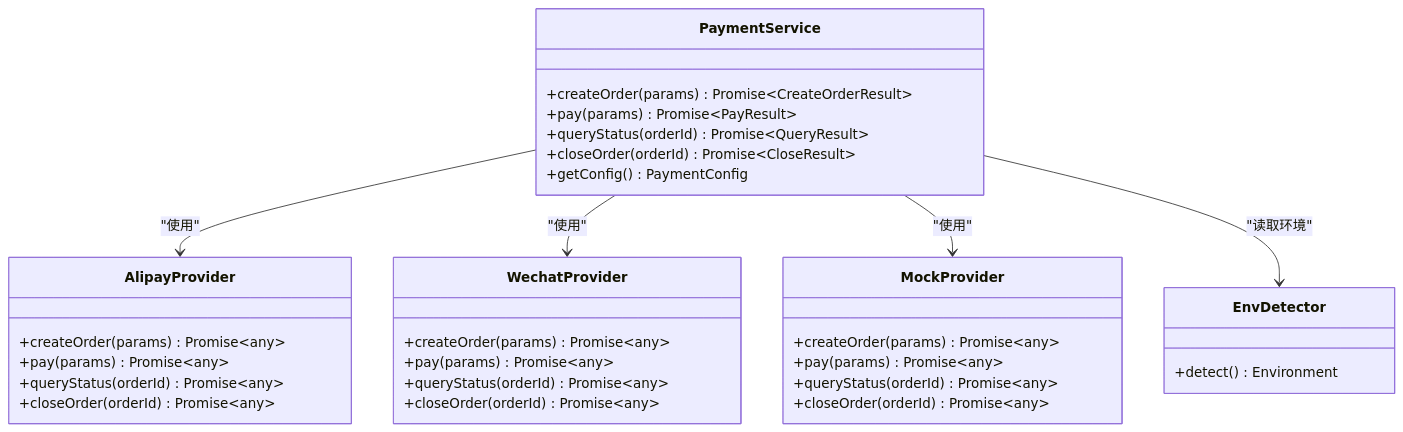
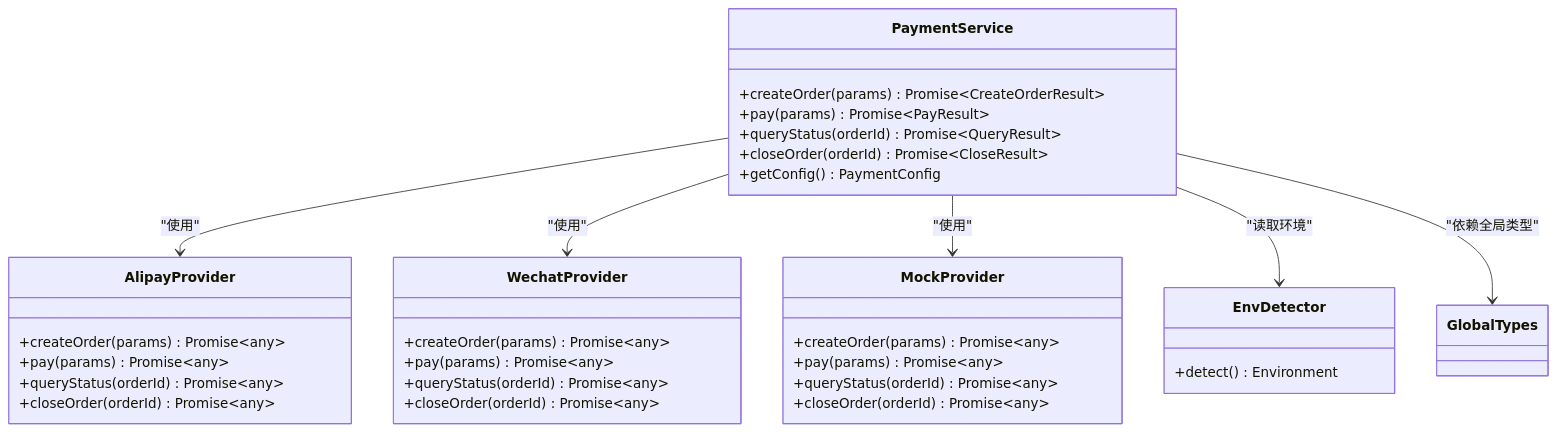
One commit to Hu-Right/supply-os changed the second of 4 diagrams in .qoder/repowiki/zh/content/支付系统集成/支付类型定义与API.md. Above: the diagram before and after it, drawn with Mermaid. The commit also changed other lines of this file and 39 other files, not shown here.

````diff
--- a/.qoder/repowiki/zh/content/支付系统集成/支付类型定义与API.md
+++ b/.qoder/repowiki/zh/content/支付系统集成/支付类型定义与API.md
@@ -99,35 +91,36 @@
 ```mermaid
 classDiagram
 class PaymentService {
 +createOrder(params) Promise~CreateOrderResult~
 +pay(params) Promise~PayResult~
 +queryStatus(orderId) Promise~QueryResult~
 +closeOrder(orderId) Promise~CloseResult~
 +getConfig() PaymentConfig
 }
 class AlipayProvider {
 +createOrder(params) Promise~any~
 +pay(params) Promise~any~
 +queryStatus(orderId) Promise~any~
 +closeOrder(orderId) Promise~any~
 }
 class WechatProvider {
 +createOrder(params) Promise~any~
 +pay(params) Promise~any~
 +queryStatus(orderId) Promise~any~
 +closeOrder(orderId) Promise~any~
 }
 class MockProvider {
 +createOrder(params) Promise~any~
 +pay(params) Promise~any~
 +queryStatus(orderId) Promise~any~
 +closeOrder(orderId) Promise~any~
 }
 class EnvDetector {
 +detect() Environment
 }
 PaymentService --> AlipayProvider : "使用"
 PaymentService --> WechatProvider : "使用"
 PaymentService --> MockProvider : "使用"
 PaymentService --> EnvDetector : "读取环境"
+PaymentService --> GlobalTypes : "依赖全局类型"
 ```
````
